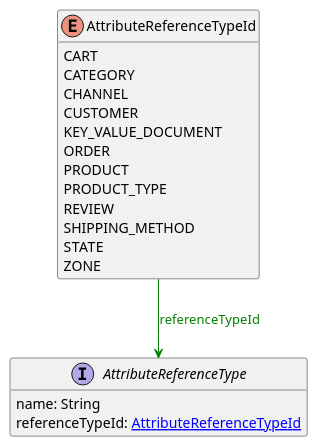
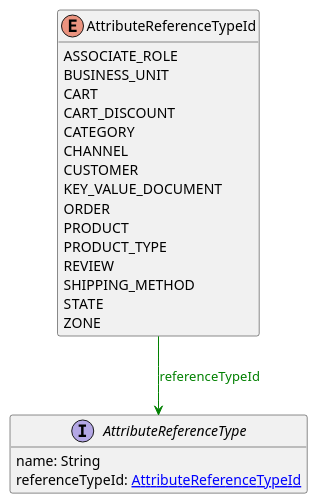
Before and after one commit to commercetools/commercetools-api-reference: the diagram in uml/api/AttributeReferenceTypeId.puml, drawn with PlantUML. The commit also changed 2 other files, not shown here.

```diff
--- a/uml/api/AttributeReferenceTypeId.puml
+++ b/uml/api/AttributeReferenceTypeId.puml
@@ -1,23 +1,26 @@
 @startuml
 
 hide methods
 enum AttributeReferenceTypeId {
+    ASSOCIATE_ROLE
+    BUSINESS_UNIT
     CART
+    CART_DISCOUNT
     CATEGORY
     CHANNEL
     CUSTOMER
     KEY_VALUE_DOCUMENT
     ORDER
     PRODUCT
     PRODUCT_TYPE
     REVIEW
     SHIPPING_METHOD
     STATE
     ZONE
 }
 interface AttributeReferenceType [[AttributeReferenceType.svg]]  {
     name: String
     referenceTypeId: [[AttributeReferenceTypeId.svg AttributeReferenceTypeId]]
 }
 AttributeReferenceTypeId --> AttributeReferenceType #green;text:green : "referenceTypeId"
 @enduml
```
